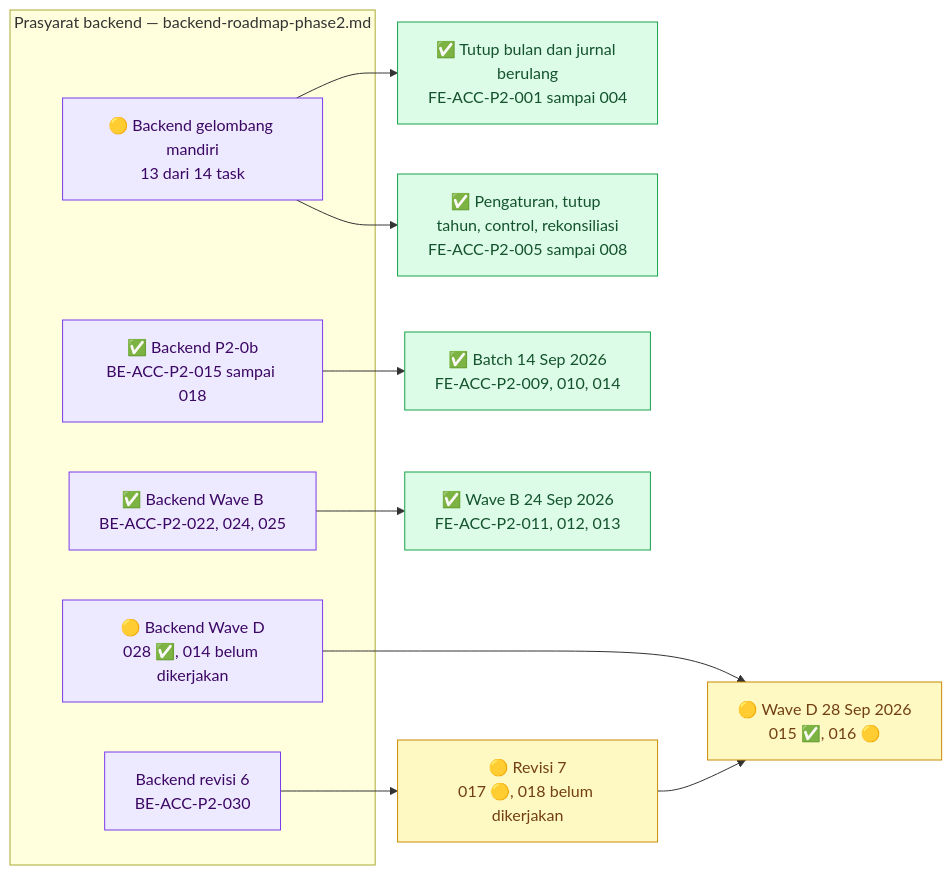
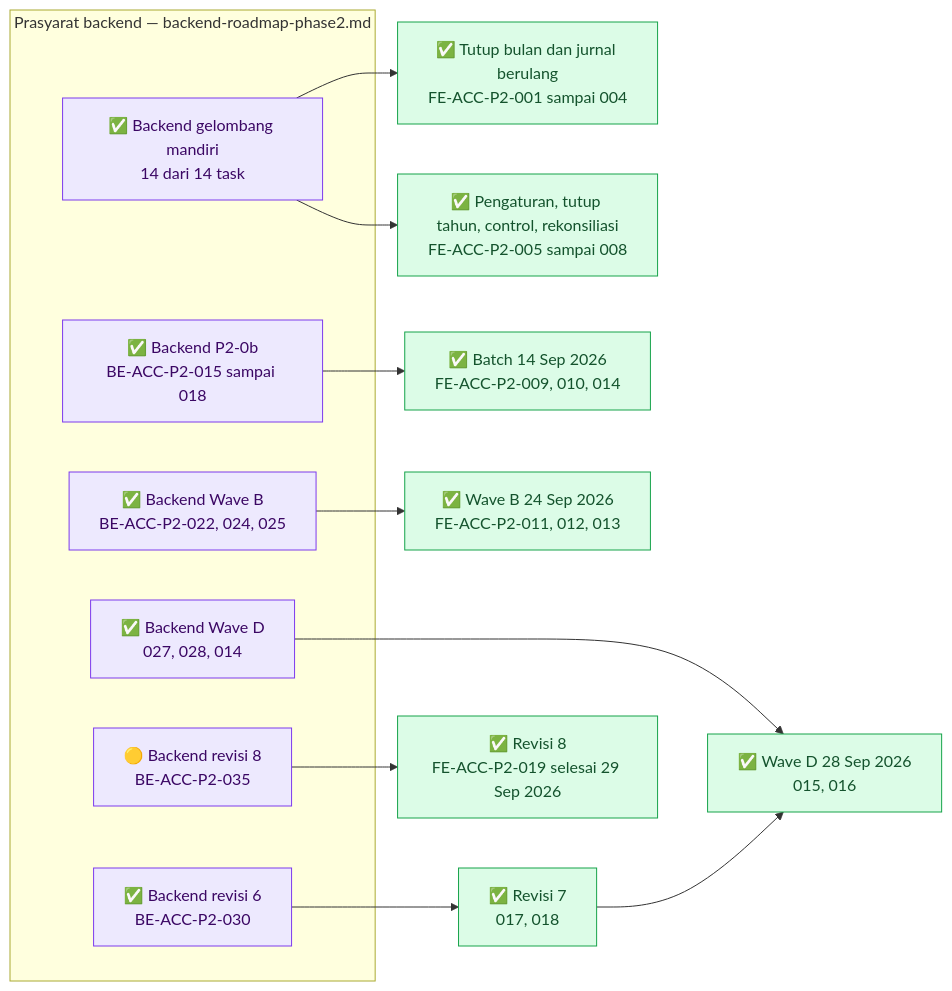
One commit to DevBenari/NewQuilvianSystemBackend changed the first of 8 diagrams in docs/module-blueprints/accounting/roadmap/frontend-roadmap-phase2.md. Above: the diagram before and after it, drawn with Mermaid. The commit also changed other lines of this file and 34 other files, not shown here.

Commit message:
menyelesaikan task Wave D

````diff
--- a/docs/module-blueprints/accounting/roadmap/frontend-roadmap-phase2.md
+++ b/docs/module-blueprints/accounting/roadmap/frontend-roadmap-phase2.md
@@ -43,31 +44,34 @@
 ```mermaid
 flowchart LR
     classDef selesai fill:#DCFCE7,stroke:#16A34A,color:#14532D
     classDef sebagian fill:#FEF9C3,stroke:#CA8A04,color:#713F12
     classDef terblokir fill:#FEE2E2,stroke:#DC2626,color:#7F1D1D
     classDef belum fill:#F1F5F9,stroke:#64748B,color:#0F172A
     classDef luar fill:#EDE9FE,stroke:#7C3AED,color:#3B0764
 
     subgraph backend["Prasyarat backend — backend-roadmap-phase2.md"]
-        BMANDIRI["🟡 Backend gelombang mandiri<br/>13 dari 14 task"]:::luar
+        BMANDIRI["✅ Backend gelombang mandiri<br/>14 dari 14 task"]:::luar
         BP20B["✅ Backend P2-0b<br/>BE-ACC-P2-015 sampai 018"]:::luar
         BWAVEB["✅ Backend Wave B<br/>BE-ACC-P2-022, 024, 025"]:::luar
-        BWAVED["🟡 Backend Wave D<br/>028 ✅, 014 belum dikerjakan"]:::luar
-        BREV6["Backend revisi 6<br/>BE-ACC-P2-030"]:::luar
+        BWAVED["✅ Backend Wave D<br/>027, 028, 014"]:::luar
+        BREV6["✅ Backend revisi 6<br/>BE-ACC-P2-030"]:::luar
+        BREV8["🟡 Backend revisi 8<br/>BE-ACC-P2-035"]:::luar
     end
 
     FTUTUP["✅ Tutup bulan dan jurnal berulang<br/>FE-ACC-P2-001 sampai 004"]:::selesai
     FLAIN["✅ Pengaturan, tutup tahun, control, rekonsiliasi<br/>FE-ACC-P2-005 sampai 008"]:::selesai
     FBATCH["✅ Batch 14 Sep 2026<br/>FE-ACC-P2-009, 010, 014"]:::selesai
     FWAVEB["✅ Wave B 24 Sep 2026<br/>FE-ACC-P2-011, 012, 013"]:::selesai
-    FWAVED["🟡 Wave D 28 Sep 2026<br/>015 ✅, 016 🟡"]:::sebagian
-    FREV7["🟡 Revisi 7<br/>017 🟡, 018 belum dikerjakan"]:::sebagian
+    FWAVED["✅ Wave D 28 Sep 2026<br/>015, 016"]:::selesai
+    FREV7["✅ Revisi 7<br/>017, 018"]:::selesai
+    FREV8["✅ Revisi 8<br/>FE-ACC-P2-019 selesai 29 Sep 2026"]:::selesai
 
     BMANDIRI --> FTUTUP
     BMANDIRI --> FLAIN
     BP20B --> FBATCH
     BWAVEB --> FWAVEB
     BWAVED --> FWAVED
     BREV6 --> FREV7
+    BREV8 --> FREV8
     FREV7 --> FWAVED
 ```
````
